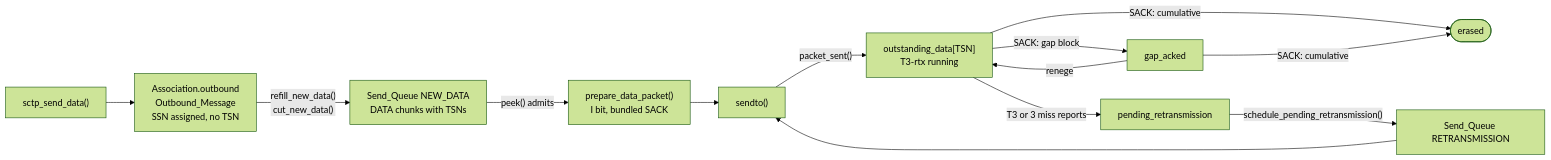
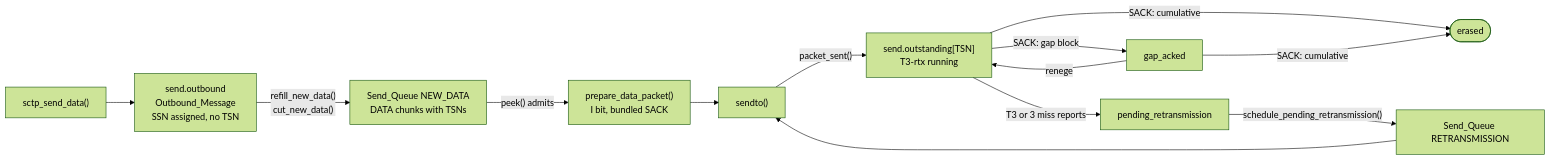
Before and after one commit to ethanallenfernandez/sctp-stack: the first of 12 diagrams in docs/devs/05-outbound.md, drawn with Mermaid (forest theme). The commit also changed other lines of this file and 38 other files, not shown here.

````diff
--- a/docs/devs/05-outbound.md
+++ b/docs/devs/05-outbound.md
@@ -30,14 +30,14 @@
 ```mermaid
 flowchart LR
-    u["sctp_send_data()"] --> ob["Association.outbound<br/>Outbound_Message<br/>SSN assigned, no TSN"]
+    u["sctp_send_data()"] --> ob["send.outbound<br/>Outbound_Message<br/>SSN assigned, no TSN"]
     ob -- "refill_new_data()<br/>cut_new_data()" --> nd["Send_Queue NEW_DATA<br/>DATA chunks with TSNs"]
     nd -- "peek() admits" --> pr["prepare_data_packet()<br/>I bit, bundled SACK"]
     pr --> tx["sendto()"]
-    tx -- "packet_sent()" --> os["outstanding_data[TSN]<br/>T3-rtx running"]
+    tx -- "packet_sent()" --> os["send.outstanding[TSN]<br/>T3-rtx running"]
     os -- "SACK: gap block" --> ga["gap_acked"]
     os -- "T3 or 3 miss reports" --> rt["pending_retransmission"]
     rt -- "schedule_pending_retransmission()" --> rq["Send_Queue RETRANSMISSION"] --> tx
     ga -- "renege" --> os
     os -- "SACK: cumulative" --> done(["erased"])
     ga -- "SACK: cumulative" --> done
 ```
````
